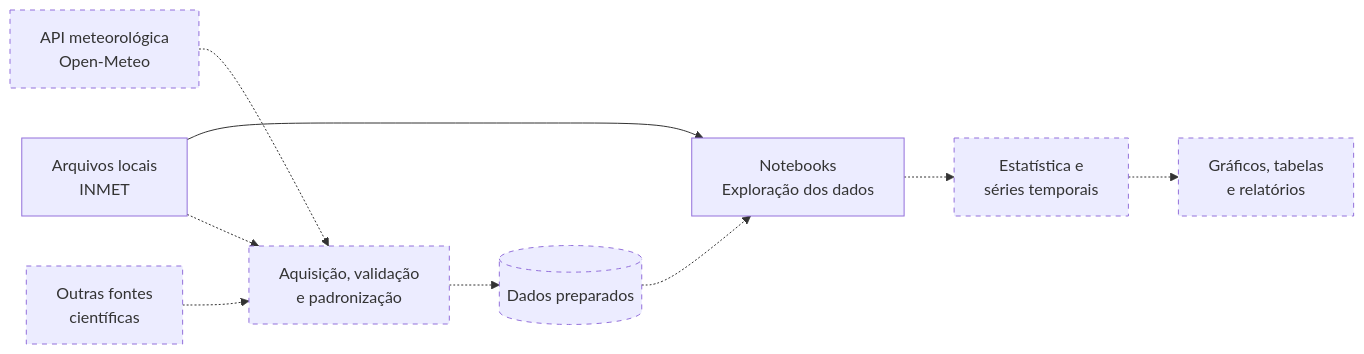
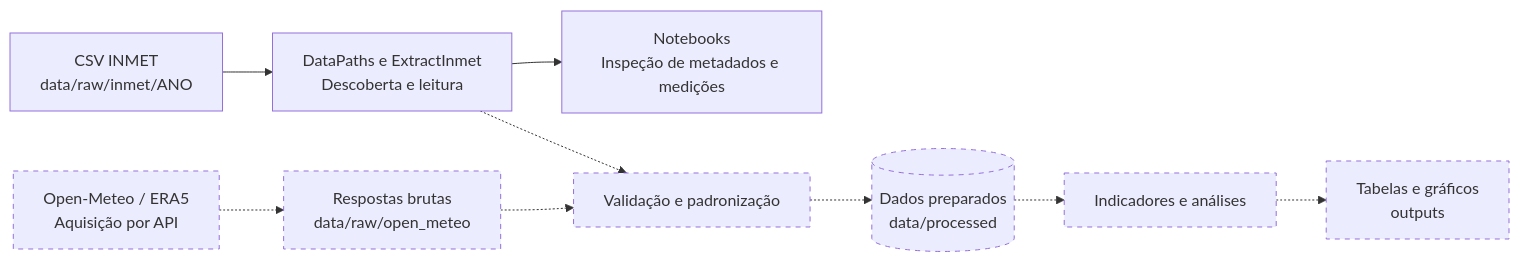
The diagram in README.md (Victor-TelesF/ClimateLab), drawn with Mermaid before and after one commit. The commit also changed other lines of this file and 1 other file, not shown here.

Commit message:
docs(project): update the ClimateLab overview and roadmap

````diff
--- a/README.md
+++ b/README.md
@@ -29,14 +41,14 @@
 ```mermaid
 flowchart LR
-    INMET["Arquivos locais<br/>INMET"] --> NB["Notebooks<br/>Exploração dos dados"]
-    API["API meteorológica<br/>Open-Meteo"] -.-> PREP["Aquisição, validação<br/>e padronização"]
-    OUTRAS["Outras fontes<br/>científicas"] -.-> PREP
-    INMET -.-> PREP
-    PREP -.-> DADOS[("Dados preparados")]
-    DADOS -.-> NB
-    NB -.-> ANALISE["Estatística e<br/>séries temporais"]
-    ANALISE -.-> RESULTADOS["Gráficos, tabelas<br/>e relatórios"]
+    INMET["CSV INMET<br/>data/raw/inmet/ANO"] --> EXTRATOR["DataPaths e ExtractInmet<br/>Descoberta e leitura"]
+    EXTRATOR --> NB["Notebooks<br/>Inspeção de metadados e medições"]
+    EXTRATOR -.-> PREP["Validação e padronização"]
+    API["Open-Meteo / ERA5<br/>Aquisição por API"] -.-> RAW["Respostas brutas<br/>data/raw/open_meteo"]
+    RAW -.-> PREP
+    PREP -.-> DADOS[("Dados preparados<br/>data/processed")]
+    DADOS -.-> ANALISE["Indicadores e análises"]
+    ANALISE -.-> RESULTADOS["Tabelas e gráficos<br/>outputs"]
 
     classDef planejado stroke-dasharray:5 5
-    class API,OUTRAS,PREP,DADOS,ANALISE,RESULTADOS planejado
+    class API,RAW,PREP,DADOS,ANALISE,RESULTADOS planejado
 ```
````
